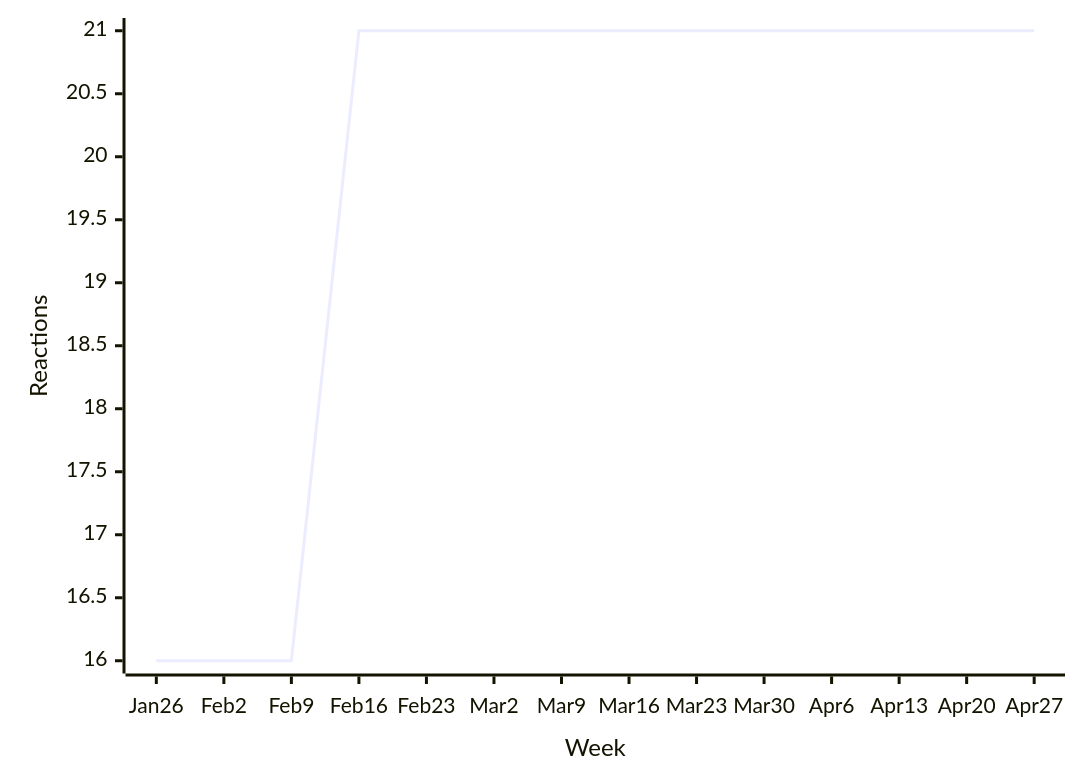
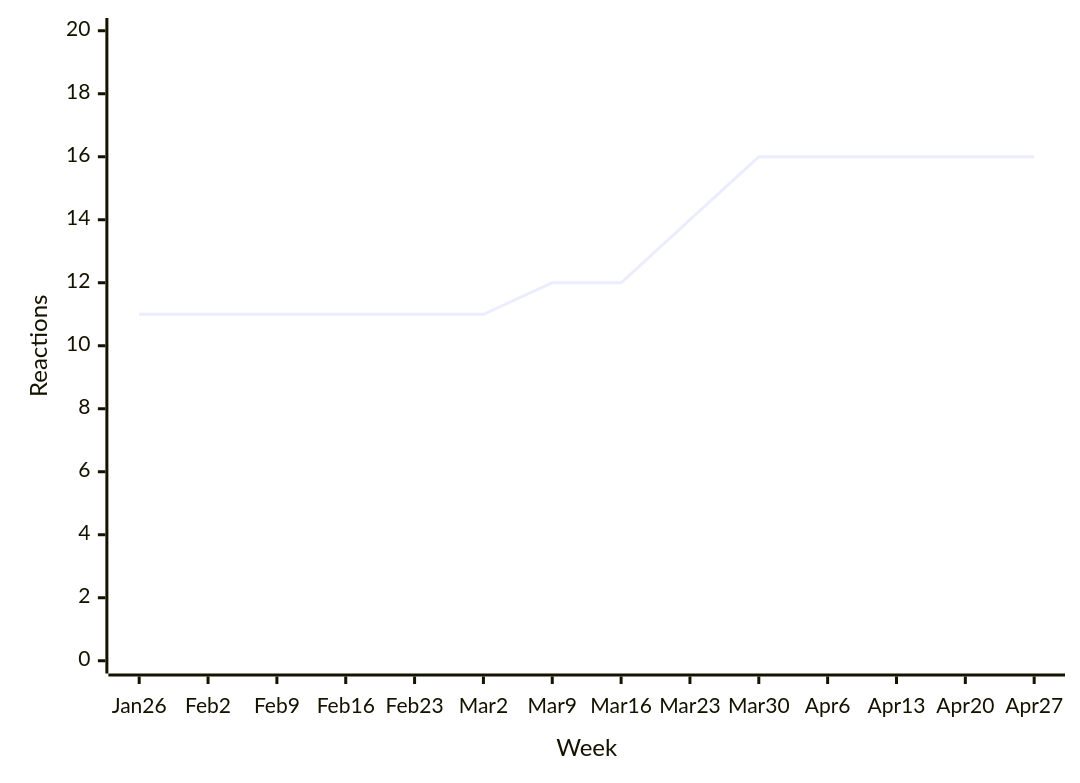
Diagram 15 of 15 in README.md (loic-sharma/github-insights), drawn with Mermaid before and after one commit. The commit also changed other lines of this file and 2 other files, not shown here.

````diff
--- a/README.md
+++ b/README.md
@@ -259,6 +395,6 @@
   ```mermaid
   xychart-beta
     x-axis "Week" [Jan 26, Feb 2, Feb 9, Feb 16, Feb 23, Mar 2, Mar 9, Mar 16, Mar 23, Mar 30, Apr 6, Apr 13, Apr 20, Apr 27]
-    y-axis "Reactions"
-    line [16, 16, 16, 21, 21, 21, 21, 21, 21, 21, 21, 21, 21, 21]
+    y-axis "Reactions" 0 --> 20
+    line [11, 11, 11, 11, 11, 11, 12, 12, 14, 16, 16, 16, 16, 16]
   ```
````
